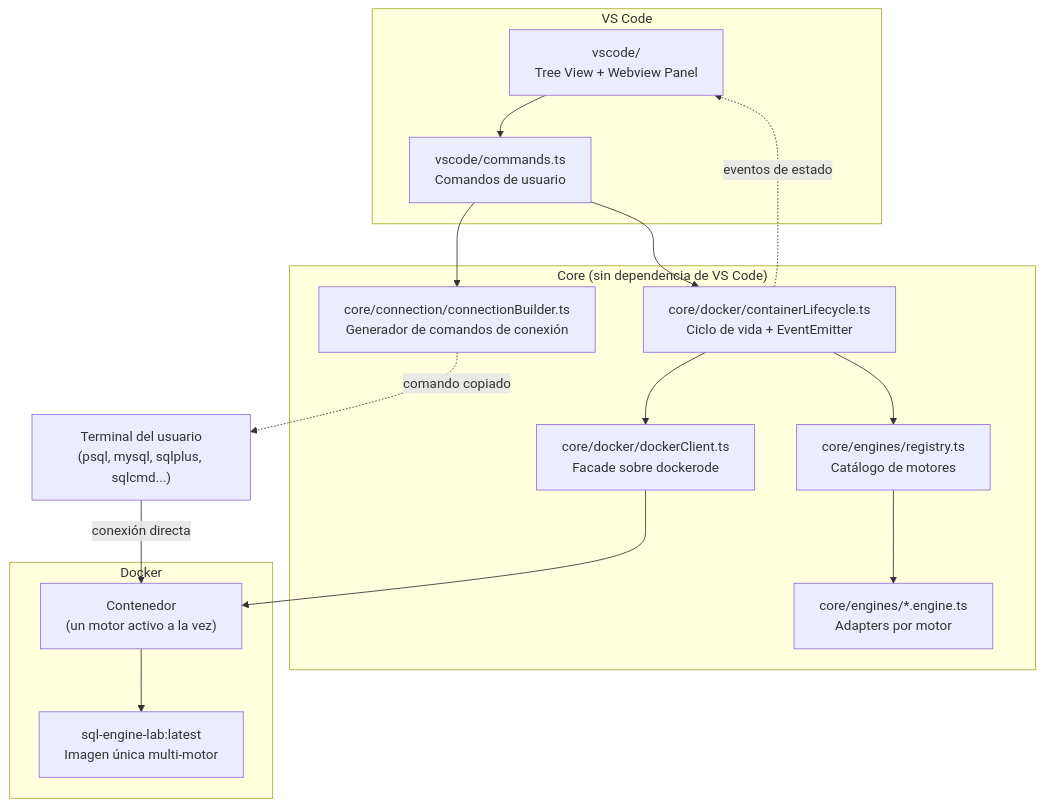
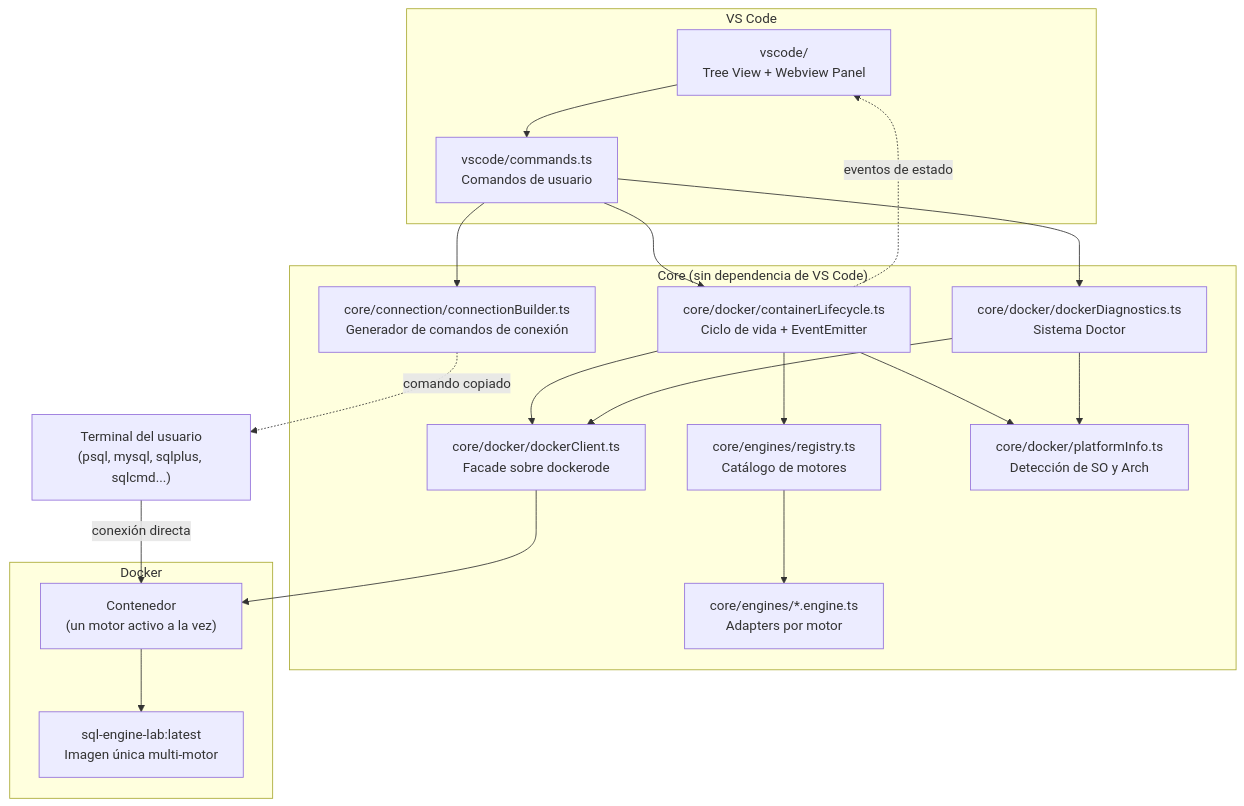
The first of 2 diagrams in ARCHITECTURE.md (hachimaki-dev/ElCrackDeLasBD), drawn with Mermaid before and after one commit. The commit also changed 126 other files, not shown here.

````diff
--- a/ARCHITECTURE.md
+++ b/ARCHITECTURE.md
@@ -7,34 +7,40 @@
 ```mermaid
 graph TB
     subgraph "VS Code"
         UI["vscode/<br/>Tree View + Webview Panel"]
         CMD["vscode/commands.ts<br/>Comandos de usuario"]
     end
 
     subgraph "Core (sin dependencia de VS Code)"
         REG["core/engines/registry.ts<br/>Catálogo de motores"]
         ENG["core/engines/*.engine.ts<br/>Adapters por motor"]
         DCK["core/docker/dockerClient.ts<br/>Facade sobre dockerode"]
         LCY["core/docker/containerLifecycle.ts<br/>Ciclo de vida + EventEmitter"]
         CON["core/connection/connectionBuilder.ts<br/>Generador de comandos de conexión"]
+        PLT["core/docker/platformInfo.ts<br/>Detección de SO y Arch"]
+        DIA["core/docker/dockerDiagnostics.ts<br/>Sistema Doctor"]
     end
 
     subgraph "Docker"
         IMG["sql-engine-lab:latest<br/>Imagen única multi-motor"]
         CTR["Contenedor<br/>(un motor activo a la vez)"]
     end
 
     USR["Terminal del usuario<br/>(psql, mysql, sqlplus, sqlcmd...)"]
 
     UI --> CMD
     CMD --> LCY
     CMD --> CON
+    CMD --> DIA
     LCY --> DCK
     LCY --> REG
+    LCY --> PLT
+    DIA --> DCK
+    DIA --> PLT
     REG --> ENG
     DCK --> CTR
     CTR --> IMG
     LCY -.->|eventos de estado| UI
     CON -.->|comando copiado| USR
     USR -->|conexión directa| CTR
 ```
````
